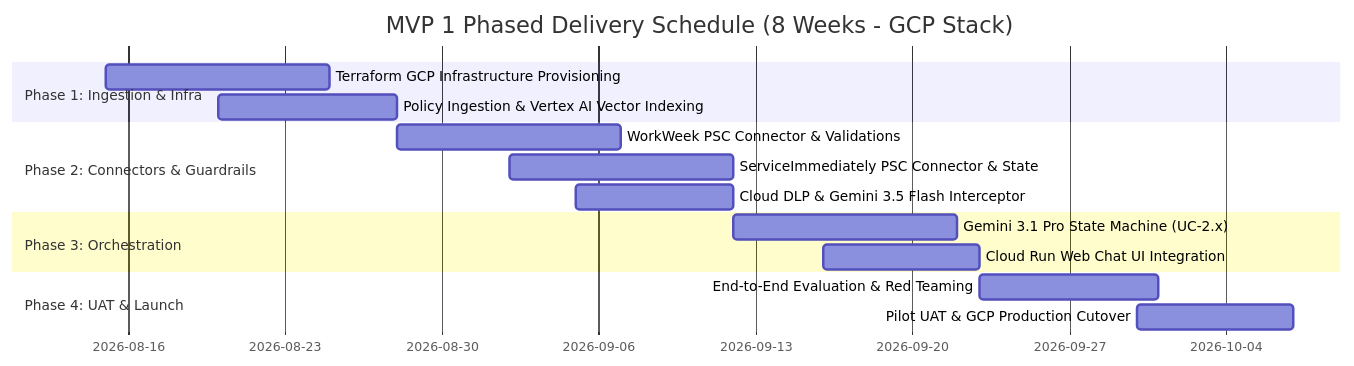
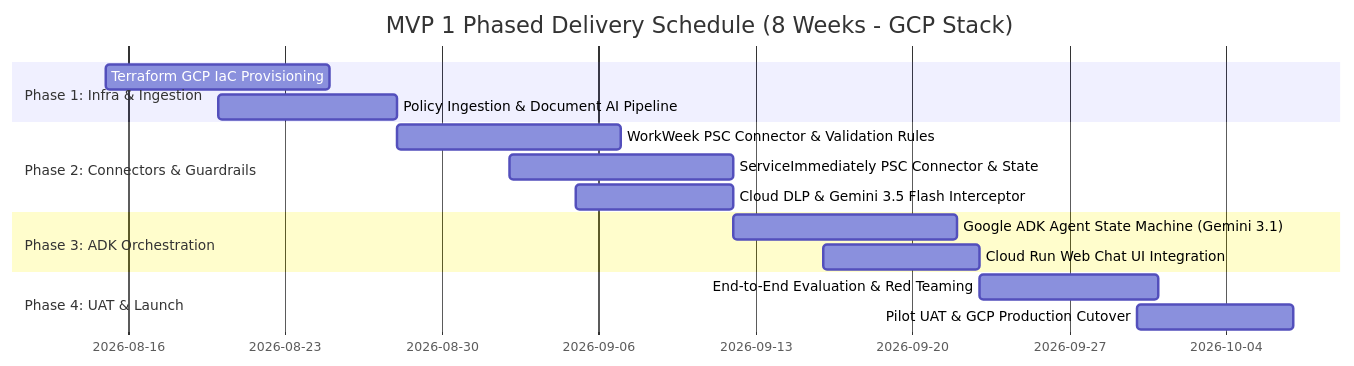
One commit to SushantJagdale/elevate-hr-agentic-solution changed the ninth of 10 diagrams in Consolidated_SDD.md. Above: the diagram before and after it, drawn with Mermaid. The commit also changed other lines of this file, not shown here.

Commit message:
modified after 1st eval run

````diff
--- a/Consolidated_SDD.md
+++ b/Consolidated_SDD.md
@@ -504,18 +624,18 @@
 ```mermaid
 gantt
     title MVP 1 Phased Delivery Schedule (8 Weeks - GCP Stack)
     dateFormat  YYYY-MM-DD
-    section Phase 1: Ingestion & Infra
-    Terraform GCP Infrastructure Provisioning :p1_1, 2026-08-15, 10d
-    Policy Ingestion & Vertex AI Vector Indexing:p1_2, 2026-08-20, 8d
+    section Phase 1: Infra & Ingestion
+    Terraform GCP IaC Provisioning            :p1_1, 2026-08-15, 10d
+    Policy Ingestion & Document AI Pipeline   :p1_2, 2026-08-20, 8d
     section Phase 2: Connectors & Guardrails
-    WorkWeek PSC Connector & Validations     :p2_1, 2026-08-28, 10d
-    ServiceImmediately PSC Connector & State :p2_2, 2026-09-02, 10d
-    Cloud DLP & Gemini 3.5 Flash Interceptor :p2_3, 2026-09-05, 7d
-    section Phase 3: Orchestration
-    Gemini 3.1 Pro State Machine (UC-2.x)     :p3_1, 2026-09-12, 10d
-    Cloud Run Web Chat UI Integration         :p3_2, 2026-09-16, 7d
+    WorkWeek PSC Connector & Validation Rules  :p2_1, 2026-08-28, 10d
+    ServiceImmediately PSC Connector & State   :p2_2, 2026-09-02, 10d
+    Cloud DLP & Gemini 3.5 Flash Interceptor   :p2_3, 2026-09-05, 7d
+    section Phase 3: ADK Orchestration
+    Google ADK Agent State Machine (Gemini 3.1):p3_1, 2026-09-12, 10d
+    Cloud Run Web Chat UI Integration          :p3_2, 2026-09-16, 7d
     section Phase 4: UAT & Launch
-    End-to-End Evaluation & Red Teaming       :p4_1, 2026-09-23, 8d
-    Pilot UAT & GCP Production Cutover        :p4_2, 2026-09-30, 7d
+    End-to-End Evaluation & Red Teaming        :p4_1, 2026-09-23, 8d
+    Pilot UAT & GCP Production Cutover         :p4_2, 2026-09-30, 7d
 ```
````
